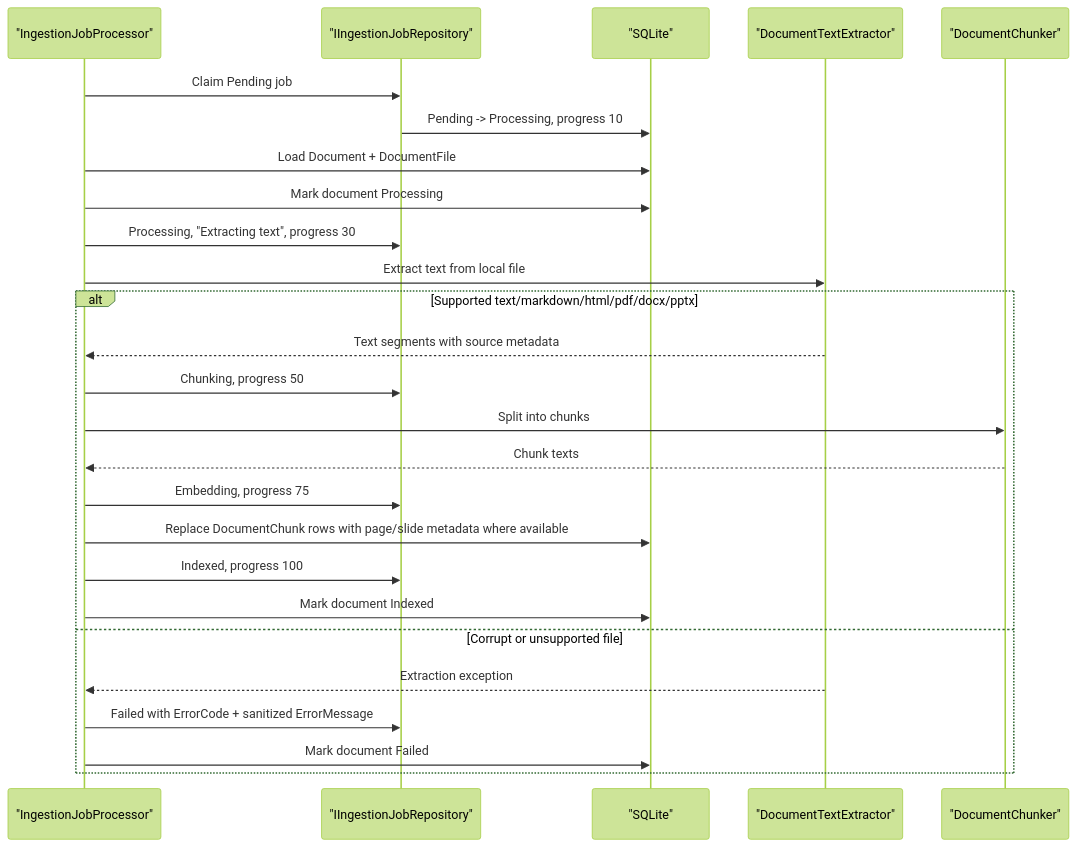
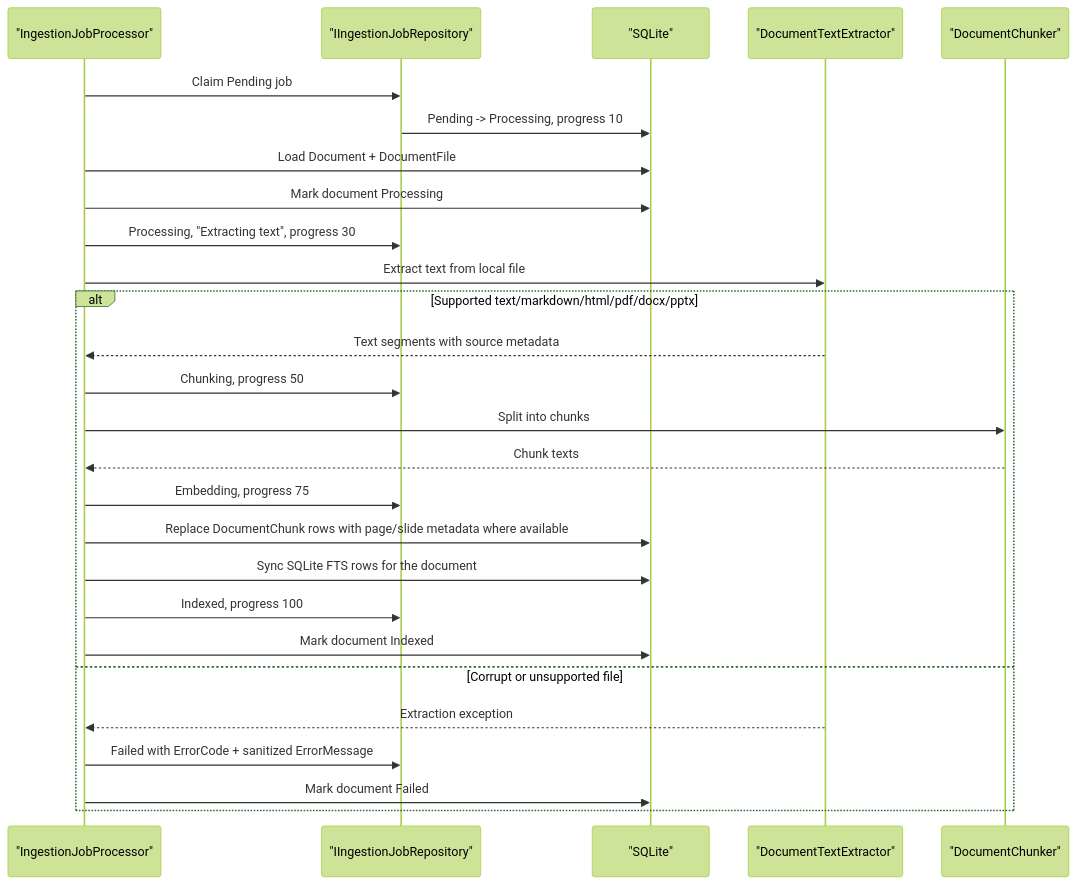
Before and after one commit to Ermolz69/localmind-rag: the third of 3 diagrams in docs/architecture/rag-pipeline.md, drawn with Mermaid (forest theme). The commit also changed other lines of this file and 20 other files, not shown here.

````diff
--- a/docs/architecture/rag-pipeline.md
+++ b/docs/architecture/rag-pipeline.md
@@ -67,29 +72,30 @@
 ```mermaid
 sequenceDiagram
     participant Processor as "IngestionJobProcessor"
     participant Repo as "IIngestionJobRepository"
     participant DB as "SQLite"
     participant Extractor as "DocumentTextExtractor"
     participant Chunker as "DocumentChunker"
 
     Processor->>Repo: Claim Pending job
     Repo->>DB: Pending -> Processing, progress 10
     Processor->>DB: Load Document + DocumentFile
     Processor->>DB: Mark document Processing
     Processor->>Repo: Processing, "Extracting text", progress 30
     Processor->>Extractor: Extract text from local file
     alt Supported text/markdown/html/pdf/docx/pptx
         Extractor-->>Processor: Text segments with source metadata
         Processor->>Repo: Chunking, progress 50
         Processor->>Chunker: Split into chunks
         Chunker-->>Processor: Chunk texts
         Processor->>Repo: Embedding, progress 75
         Processor->>DB: Replace DocumentChunk rows with page/slide metadata where available
+        Processor->>DB: Sync SQLite FTS rows for the document
         Processor->>Repo: Indexed, progress 100
         Processor->>DB: Mark document Indexed
     else Corrupt or unsupported file
         Extractor-->>Processor: Extraction exception
         Processor->>Repo: Failed with ErrorCode + sanitized ErrorMessage
         Processor->>DB: Mark document Failed
     end
 ```
````
